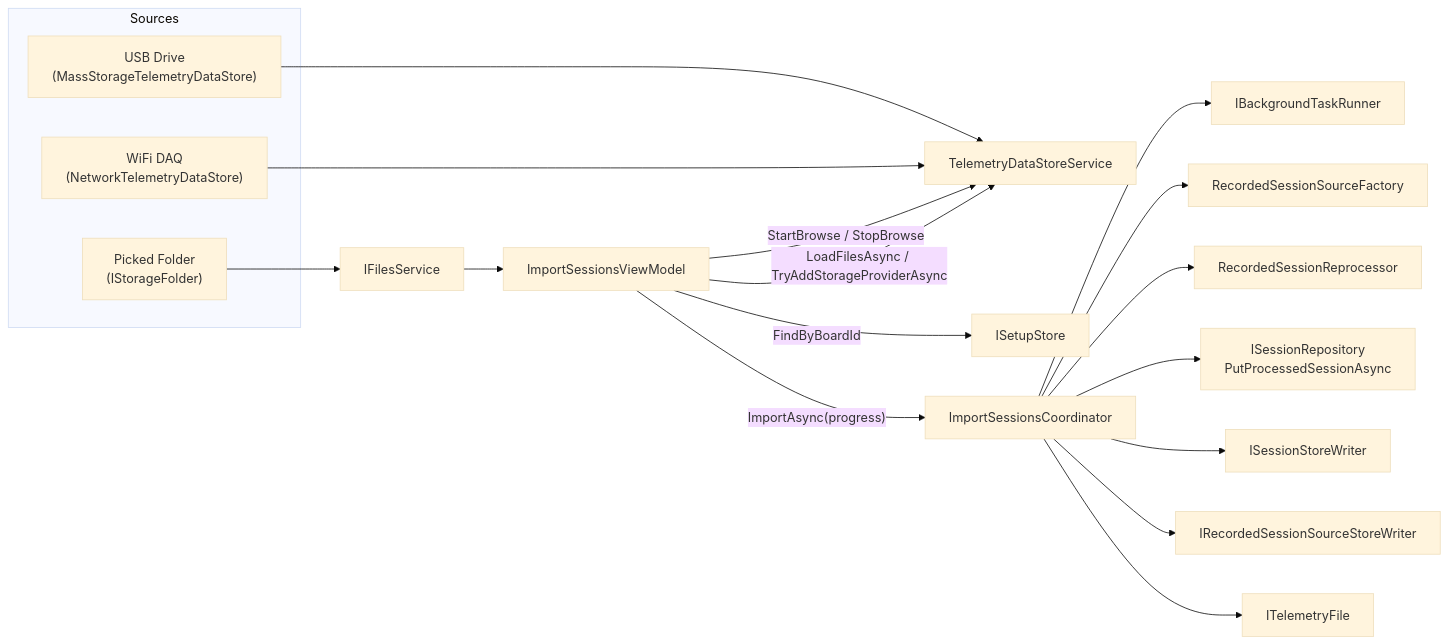
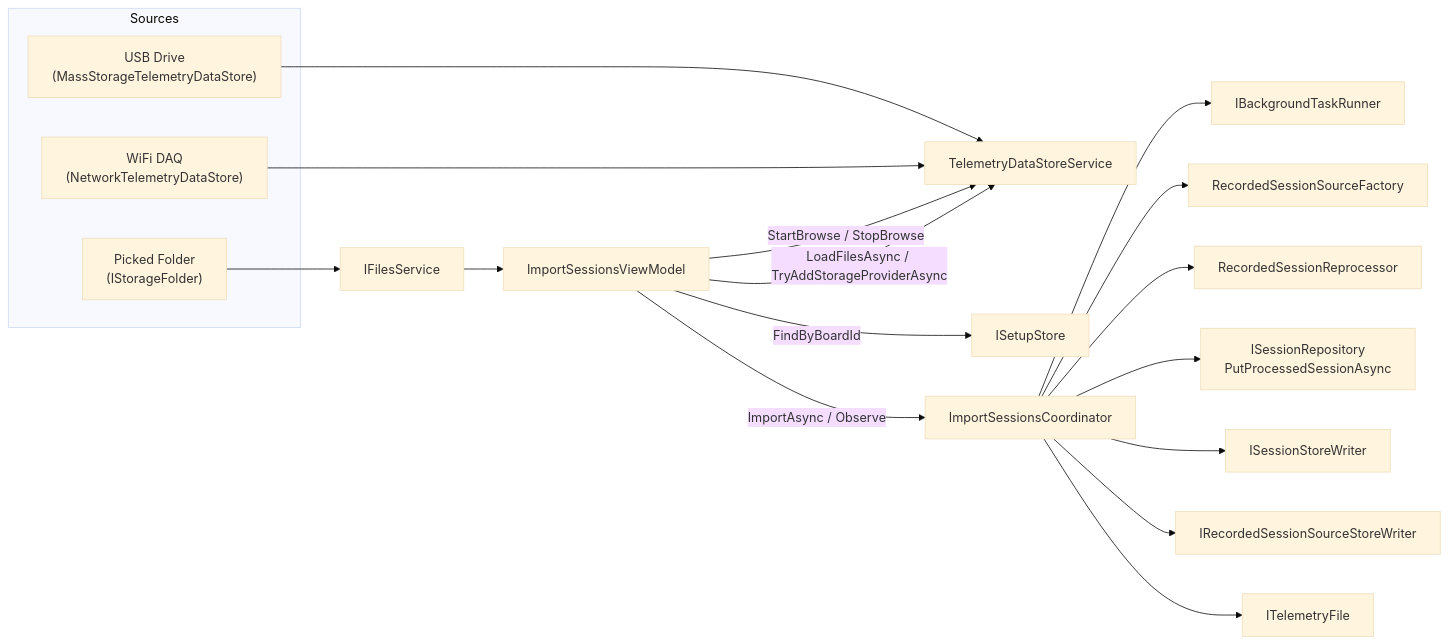
One commit to MoridinBG/Sufni.app changed the first of 2 diagrams in docs/architecture/acquisition.md. Above: the diagram before and after it, drawn with Mermaid (base theme). The commit also changed other lines of this file and 13 other files, not shown here.

Commit message:
Own active import runs and progress in the coordinator

````diff
--- a/docs/architecture/acquisition.md
+++ b/docs/architecture/acquisition.md
@@ -9,24 +9,24 @@
 ```mermaid
 graph LR
     subgraph Sources
         USB["USB Drive<br/>(MassStorageTelemetryDataStore)"]
         WiFi["WiFi DAQ<br/>(NetworkTelemetryDataStore)"]
         Picker["Picked Folder<br/>(IStorageFolder)"]
     end
 
     Picker --> Files["IFilesService"]
     USB --> DSS["TelemetryDataStoreService"]
     WiFi --> DSS
     Files --> Import["ImportSessionsViewModel"]
     Import -->|"StartBrowse / StopBrowse"| DSS
     Import -->|"LoadFilesAsync / TryAddStorageProviderAsync"| DSS
     Import -->|"FindByBoardId"| SetupStore["ISetupStore"]
-    Import -->|"ImportAsync(progress)"| Coord["ImportSessionsCoordinator"]
+    Import -->|"ImportAsync / Observe"| Coord["ImportSessionsCoordinator"]
     Coord --> Runner["IBackgroundTaskRunner"]
     Coord --> SourceFactory["RecordedSessionSourceFactory"]
     Coord --> Reprocessor["RecordedSessionReprocessor"]
     Coord --> Repo["ISessionRepository<br/>PutProcessedSessionAsync"]
     Coord --> SessionStore["ISessionStoreWriter"]
     Coord --> SourceStore["IRecordedSessionSourceStoreWriter"]
     Coord --> TelemetryFile["ITelemetryFile"]
 ```
````
